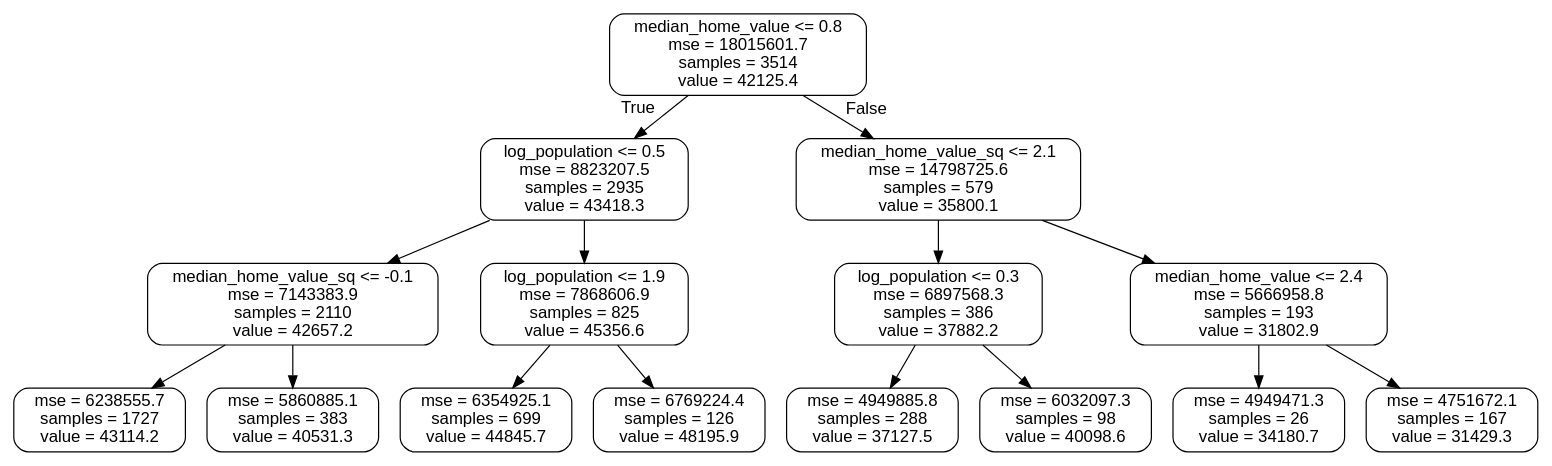
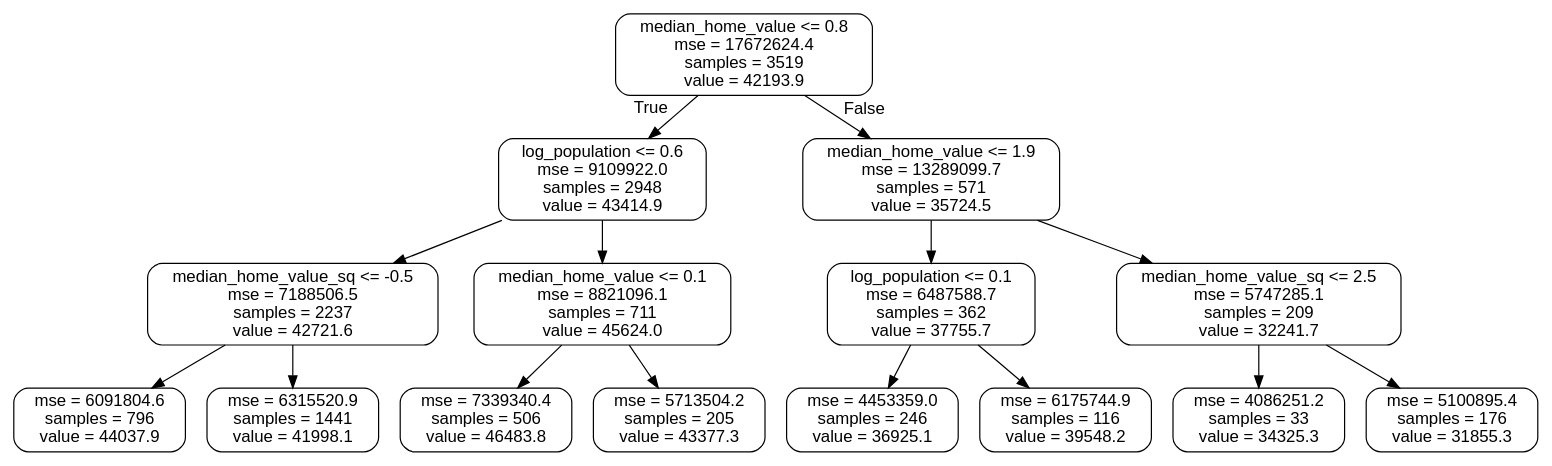
Before and after one commit to mikekeith52/PythonRegression: the diagram in rf_small_tree.dot, drawn with Graphviz. The commit also changed 9 other files, not shown here.

```diff
--- a/rf_small_tree.dot
+++ b/rf_small_tree.dot
@@ -1,33 +1,33 @@
 digraph Tree {
 node [shape=box, style="rounded", color="black", fontname=helvetica] ;
 edge [fontname=helvetica] ;
-0 [label="median_home_value <= 0.8\nmse = 18015601.7\nsamples = 3514\nvalue = 42125.4"] ;
-1 [label="log_population <= 0.5\nmse = 8823207.5\nsamples = 2935\nvalue = 43418.3"] ;
+0 [label="median_home_value <= 0.8\nmse = 17672624.4\nsamples = 3519\nvalue = 42193.9"] ;
+1 [label="log_population <= 0.6\nmse = 9109922.0\nsamples = 2948\nvalue = 43414.9"] ;
 0 -> 1 [labeldistance=2.5, labelangle=45, headlabel="True"] ;
-2 [label="median_home_value_sq <= -0.1\nmse = 7143383.9\nsamples = 2110\nvalue = 42657.2"] ;
+2 [label="median_home_value_sq <= -0.5\nmse = 7188506.5\nsamples = 2237\nvalue = 42721.6"] ;
 1 -> 2 ;
-3 [label="mse = 6238555.7\nsamples = 1727\nvalue = 43114.2"] ;
+3 [label="mse = 6091804.6\nsamples = 796\nvalue = 44037.9"] ;
 2 -> 3 ;
-4 [label="mse = 5860885.1\nsamples = 383\nvalue = 40531.3"] ;
+4 [label="mse = 6315520.9\nsamples = 1441\nvalue = 41998.1"] ;
 2 -> 4 ;
-5 [label="log_population <= 1.9\nmse = 7868606.9\nsamples = 825\nvalue = 45356.6"] ;
+5 [label="median_home_value <= 0.1\nmse = 8821096.1\nsamples = 711\nvalue = 45624.0"] ;
 1 -> 5 ;
-6 [label="mse = 6354925.1\nsamples = 699\nvalue = 44845.7"] ;
+6 [label="mse = 7339340.4\nsamples = 506\nvalue = 46483.8"] ;
 5 -> 6 ;
-7 [label="mse = 6769224.4\nsamples = 126\nvalue = 48195.9"] ;
+7 [label="mse = 5713504.2\nsamples = 205\nvalue = 43377.3"] ;
 5 -> 7 ;
-8 [label="median_home_value_sq <= 2.1\nmse = 14798725.6\nsamples = 579\nvalue = 35800.1"] ;
+8 [label="median_home_value <= 1.9\nmse = 13289099.7\nsamples = 571\nvalue = 35724.5"] ;
 0 -> 8 [labeldistance=2.5, labelangle=-45, headlabel="False"] ;
-9 [label="log_population <= 0.3\nmse = 6897568.3\nsamples = 386\nvalue = 37882.2"] ;
+9 [label="log_population <= 0.1\nmse = 6487588.7\nsamples = 362\nvalue = 37755.7"] ;
 8 -> 9 ;
-10 [label="mse = 4949885.8\nsamples = 288\nvalue = 37127.5"] ;
+10 [label="mse = 4453359.0\nsamples = 246\nvalue = 36925.1"] ;
 9 -> 10 ;
-11 [label="mse = 6032097.3\nsamples = 98\nvalue = 40098.6"] ;
+11 [label="mse = 6175744.9\nsamples = 116\nvalue = 39548.2"] ;
 9 -> 11 ;
-12 [label="median_home_value <= 2.4\nmse = 5666958.8\nsamples = 193\nvalue = 31802.9"] ;
+12 [label="median_home_value_sq <= 2.5\nmse = 5747285.1\nsamples = 209\nvalue = 32241.7"] ;
 8 -> 12 ;
-13 [label="mse = 4949471.3\nsamples = 26\nvalue = 34180.7"] ;
+13 [label="mse = 4086251.2\nsamples = 33\nvalue = 34325.3"] ;
 12 -> 13 ;
-14 [label="mse = 4751672.1\nsamples = 167\nvalue = 31429.3"] ;
+14 [label="mse = 5100895.4\nsamples = 176\nvalue = 31855.3"] ;
 12 -> 14 ;
 }
```
